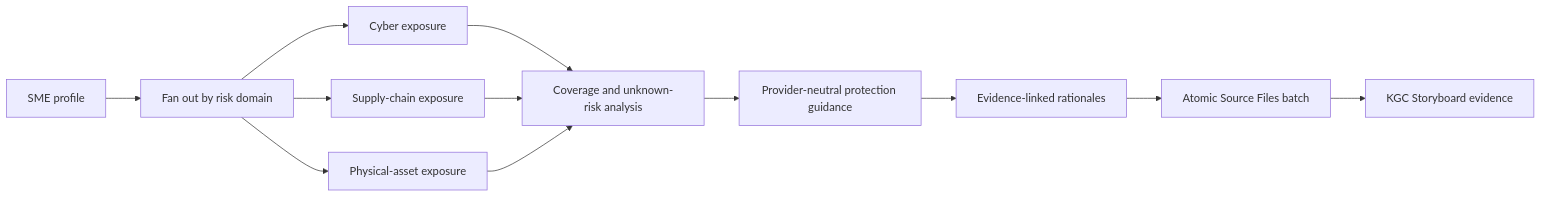
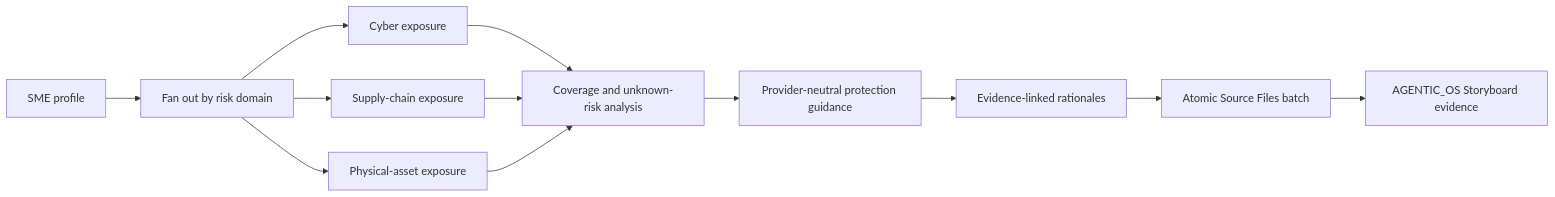
Before and after one commit to huijoohwee/agentic-graph: the diagram in README-sme-care-agent.md, drawn with Mermaid. The commit also changed other lines of this file and 599 other files, not shown here.

````diff
--- a/README-sme-care-agent.md
+++ b/README-sme-care-agent.md
@@ -202,14 +202,14 @@
 ```mermaid
 flowchart LR
   Profile["SME profile"] --> FanOut["Fan out by risk domain"]
   FanOut --> Cyber["Cyber exposure"]
   FanOut --> Supply["Supply-chain exposure"]
   FanOut --> Asset["Physical-asset exposure"]
   Cyber --> FanIn["Coverage and unknown-risk analysis"]
   Supply --> FanIn
   Asset --> FanIn
   FanIn --> Guidance["Provider-neutral protection guidance"]
   Guidance --> Rationale["Evidence-linked rationales"]
   Rationale --> SourceFiles["Atomic Source Files batch"]
-  SourceFiles --> Canvas["KGC Storyboard evidence"]
+  SourceFiles --> Canvas["AGENTIC_OS Storyboard evidence"]
 ```
````
